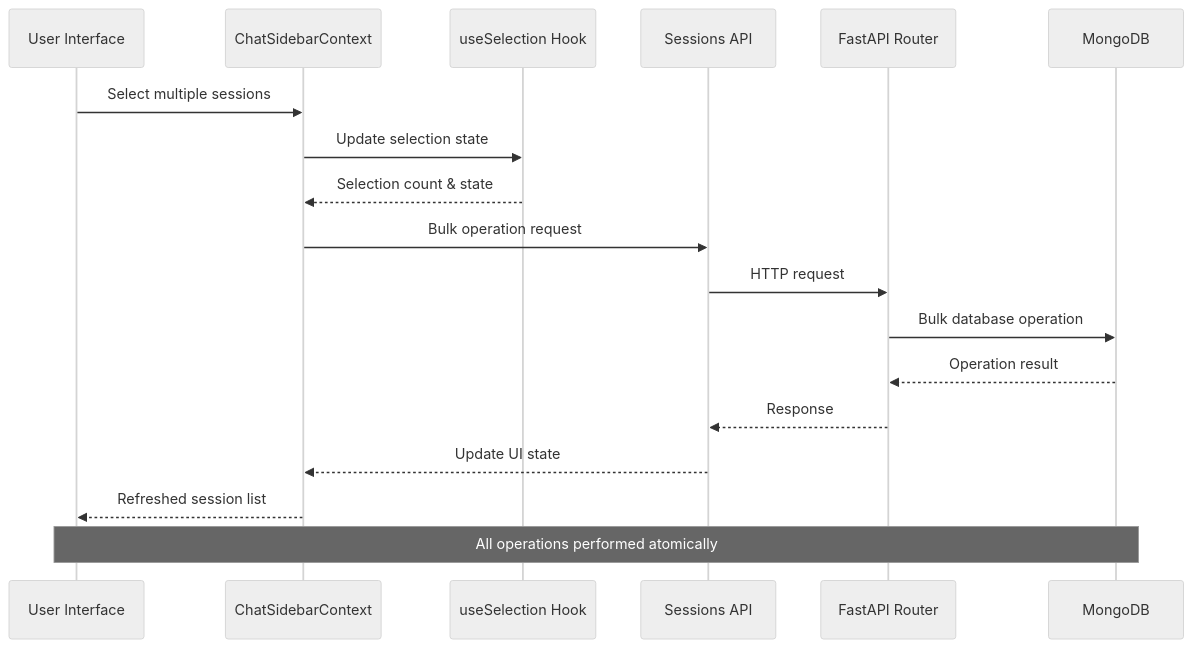
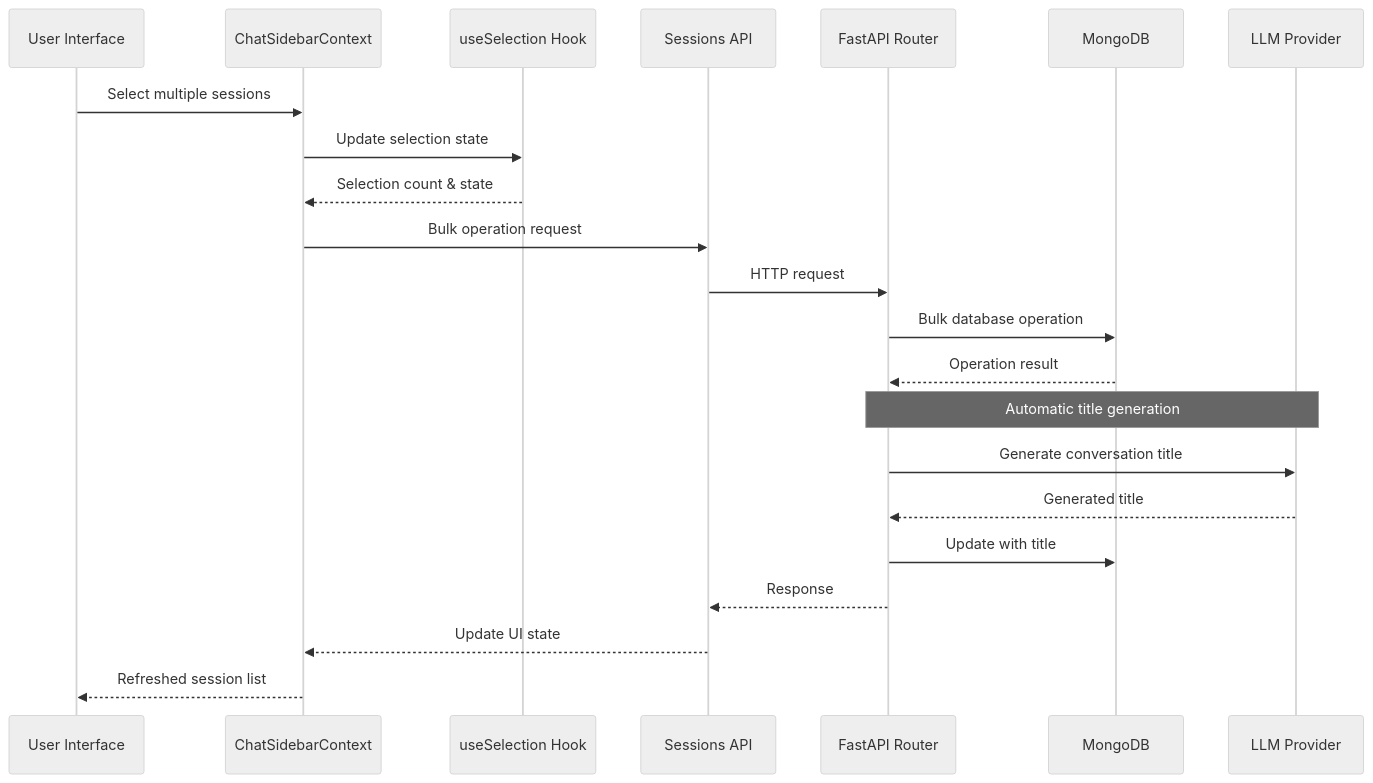
The second of 9 diagrams in .qoder/repowiki/en/content/Frontend Application/Bulk Session Management.md (emanuelplopu/MongoDB-RAG-Agent), drawn with Mermaid (neutral theme) before and after one commit. The commit also changed other lines of this file and 5 other files, not shown here.

````diff
--- a/.qoder/repowiki/en/content/Frontend Application/Bulk Session Management.md
+++ b/.qoder/repowiki/en/content/Frontend Application/Bulk Session Management.md
@@ -95,20 +112,24 @@
 ```mermaid
 sequenceDiagram
 participant User as User Interface
 participant Context as ChatSidebarContext
 participant Hook as useSelection Hook
 participant API as Sessions API
 participant Backend as FastAPI Router
 participant Database as MongoDB
+participant LLM as LLM Provider
 User->>Context : Select multiple sessions
 Context->>Hook : Update selection state
 Hook-->>Context : Selection count & state
 Context->>API : Bulk operation request
 API->>Backend : HTTP request
 Backend->>Database : Bulk database operation
 Database-->>Backend : Operation result
+Note over Backend,LLM : Automatic title generation
+Backend->>LLM : Generate conversation title
+LLM-->>Backend : Generated title
+Backend->>Database : Update with title
 Backend-->>API : Response
 API-->>Context : Update UI state
 Context-->>User : Refreshed session list
-Note over User,Database : All operations performed atomically
 ```
````
